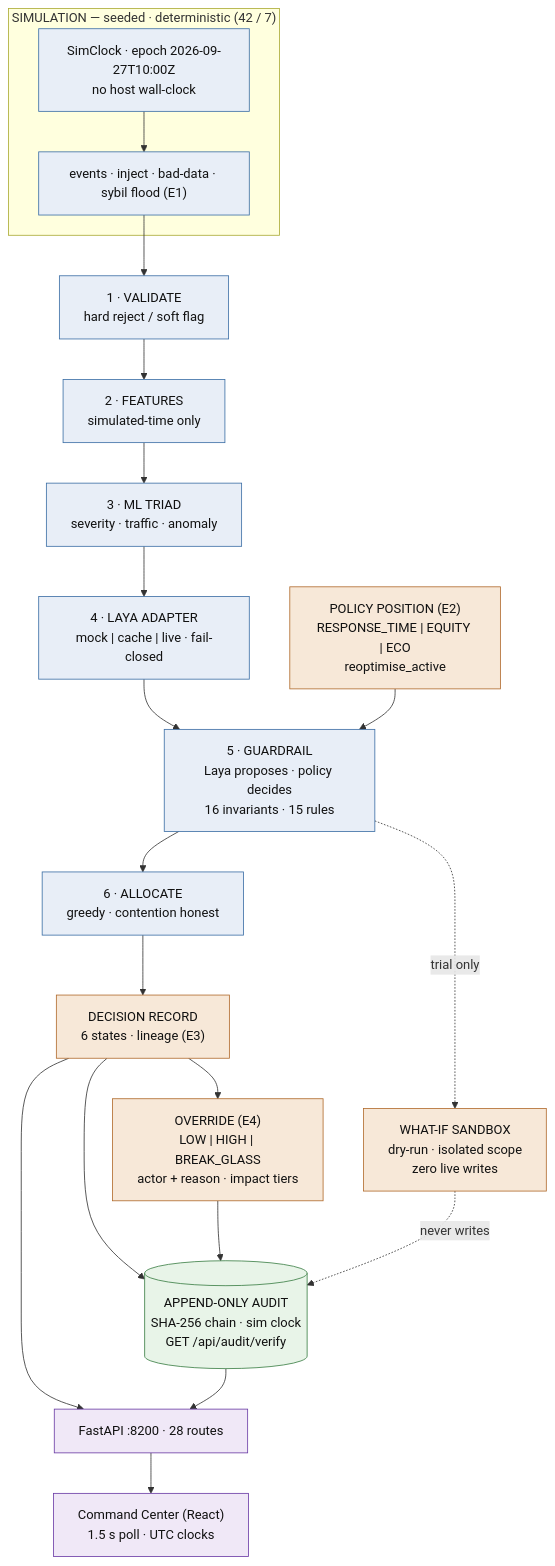
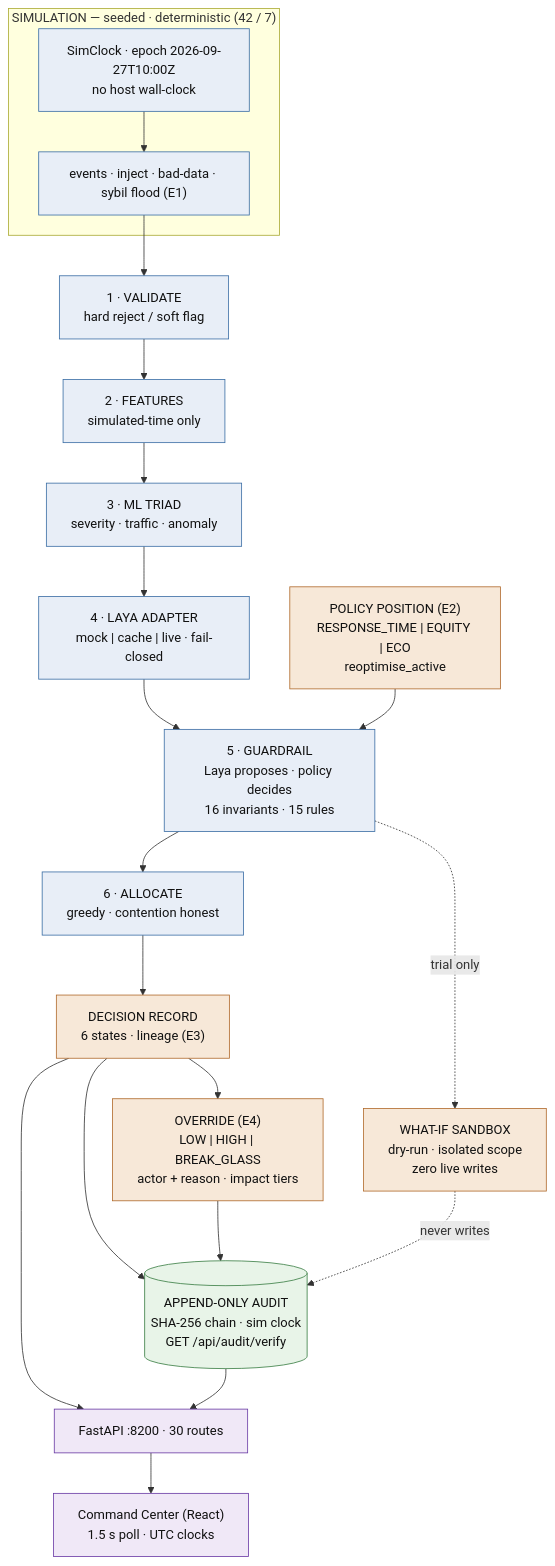
One commit to Ayyankhan101/Autonomous-Decision-Intelligence-Platform-ADIP- changed the first of 4 diagrams in README.md. Above: the diagram before and after it, drawn with Mermaid. The commit also changed 29 other files, not shown here.

First line of the commit message:
feat(feeds): live-feed infra, Peshawar zone config, and /api/feeds routes (workstream B1)

````diff
--- a/README.md
+++ b/README.md
@@ -56,40 +56,40 @@
 ```mermaid
 flowchart TD
     subgraph SIM["SIMULATION — seeded · deterministic (42 / 7)"]
         CLOCK["SimClock · epoch 2026-09-27T10:00Z\nno host wall-clock"]:::stage
         EVT["events · inject · bad-data · sybil flood (E1)"]:::stage
         CLOCK --> EVT
     end
 
     VAL["1 · VALIDATE\nhard reject / soft flag"]:::stage
     FEAT["2 · FEATURES\nsimulated-time only"]:::stage
     ML["3 · ML TRIAD\nseverity · traffic · anomaly"]:::stage
     LAYA["4 · LAYA ADAPTER\nmock | cache | live · fail-closed"]:::stage
     GUARD["5 · GUARDRAIL\nLaya proposes · policy decides\n16 invariants · 15 rules"]:::stage
     ALLOC["6 · ALLOCATE\ngreedy · contention honest"]:::stage
     DEC["DECISION RECORD\n6 states · lineage (E3)"]:::decision
     AUDIT[("APPEND-ONLY AUDIT\nSHA-256 chain · sim clock\nGET /api/audit/verify")]:::store
 
     POL["POLICY POSITION (E2)\nRESPONSE_TIME | EQUITY | ECO\nreoptimise_active"]:::decision
     OVR["OVERRIDE (E4)\nLOW | HIGH | BREAK_GLASS\nactor + reason · impact tiers"]:::decision
     WIF["WHAT-IF SANDBOX\ndry-run · isolated scope\nzero live writes"]:::decision
 
-    API["FastAPI :8200 · 28 routes"]:::infra
+    API["FastAPI :8200 · 30 routes"]:::infra
     DASH["Command Center (React)\n1.5 s poll · UTC clocks"]:::infra
 
     EVT --> VAL --> FEAT --> ML --> LAYA --> GUARD --> ALLOC --> DEC
     DEC --> AUDIT
     DEC --> OVR
     OVR --> AUDIT
     POL --> GUARD
     GUARD -.->|"trial only"| WIF
     WIF -.->|"never writes"| AUDIT
     DEC --> API
     AUDIT --> API
     API --> DASH
 
     classDef stage fill:#e8eef7,stroke:#3b6ea5,color:#111
     classDef decision fill:#f7e8d8,stroke:#b06a2c,color:#111
     classDef store fill:#e8f4e8,stroke:#3a7d44,color:#111
     classDef infra fill:#f0e8f7,stroke:#6a3ba5,color:#111
 ```
````
